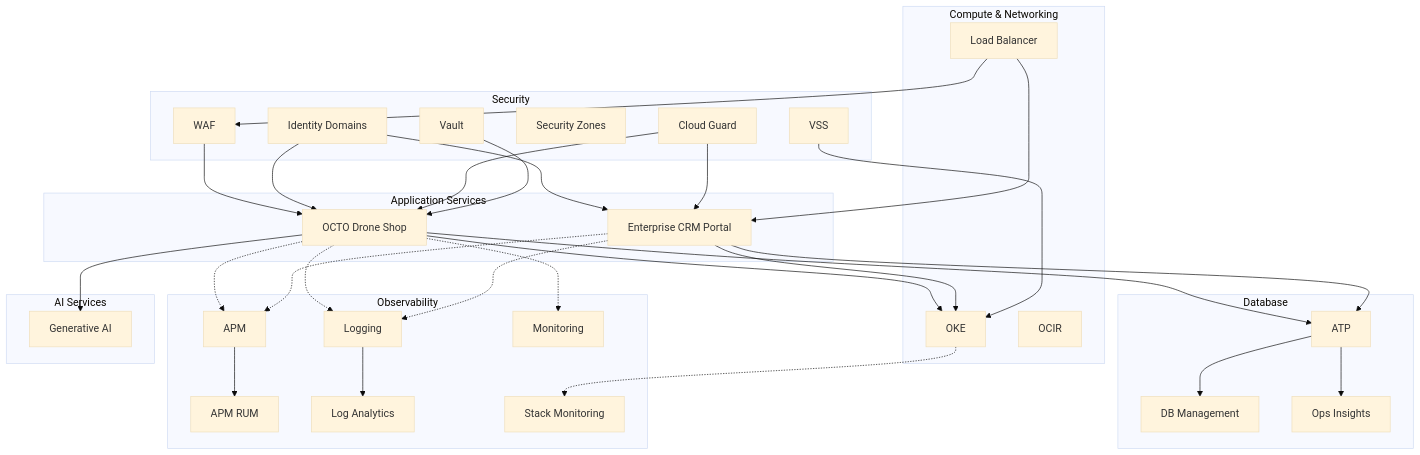
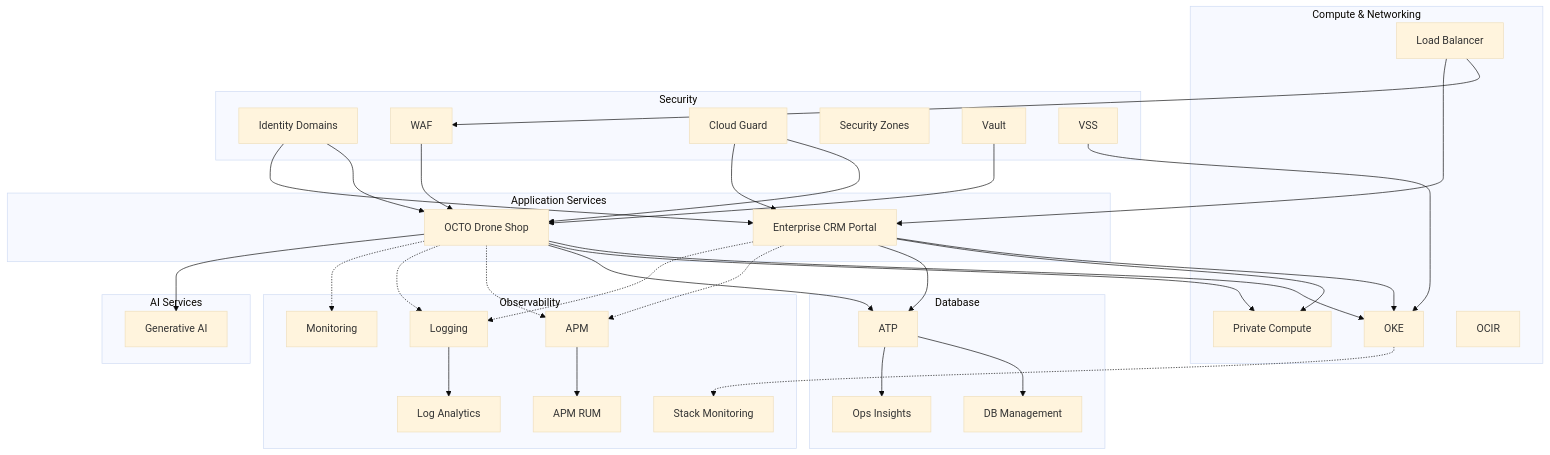
Before and after one commit to adibirzu/octo-apm-demo: the diagram in shop/site/introduction.md, drawn with Mermaid (base theme). The commit also changed other lines of this file and 43 other files, not shown here.

Commit message:
feat: add private compute resource manager stack

````diff
--- a/shop/site/introduction.md
+++ b/shop/site/introduction.md
@@ -101,65 +135,68 @@
 ```mermaid
 flowchart TD
     subgraph Apps ["Application Services"]
         Shop["OCTO Drone Shop"]
         CRM["Enterprise CRM Portal"]
     end
 
     subgraph Compute ["Compute & Networking"]
         OKE["OKE"]
+        ComputeVM["Private Compute"]
         OCIR["OCIR"]
         LB["Load Balancer"]
     end
 
     subgraph Data ["Database"]
         ATP["ATP"]
         DBMgmt["DB Management"]
         OPSI["Ops Insights"]
     end
 
     subgraph Obs ["Observability"]
         APM["APM"]
         RUM["APM RUM"]
         Logging["Logging"]
         LogAn["Log Analytics"]
         Monitoring["Monitoring"]
         Stack["Stack Monitoring"]
     end
 
     subgraph Sec ["Security"]
         IDCS["Identity Domains"]
         WAF["WAF"]
         CG["Cloud Guard"]
         SZ["Security Zones"]
         Vault["Vault"]
         VSS["VSS"]
     end
 
     subgraph AI ["AI Services"]
         GenAI["Generative AI"]
     end
 
     LB --> WAF --> Shop
     LB --> CRM
     Shop --> OKE
     CRM --> OKE
+    Shop --> ComputeVM
+    CRM --> ComputeVM
     Shop --> ATP
     CRM --> ATP
     ATP --> DBMgmt
     ATP --> OPSI
     Shop -.-> APM
     CRM -.-> APM
     APM --> RUM
     Shop -.-> Logging
     CRM -.-> Logging
     Logging --> LogAn
     Shop -.-> Monitoring
     OKE -.-> Stack
     IDCS --> Shop
     IDCS --> CRM
     CG --> Shop
     CG --> CRM
     VSS --> OKE
     Shop --> GenAI
     Vault --> Shop
 ```
````
